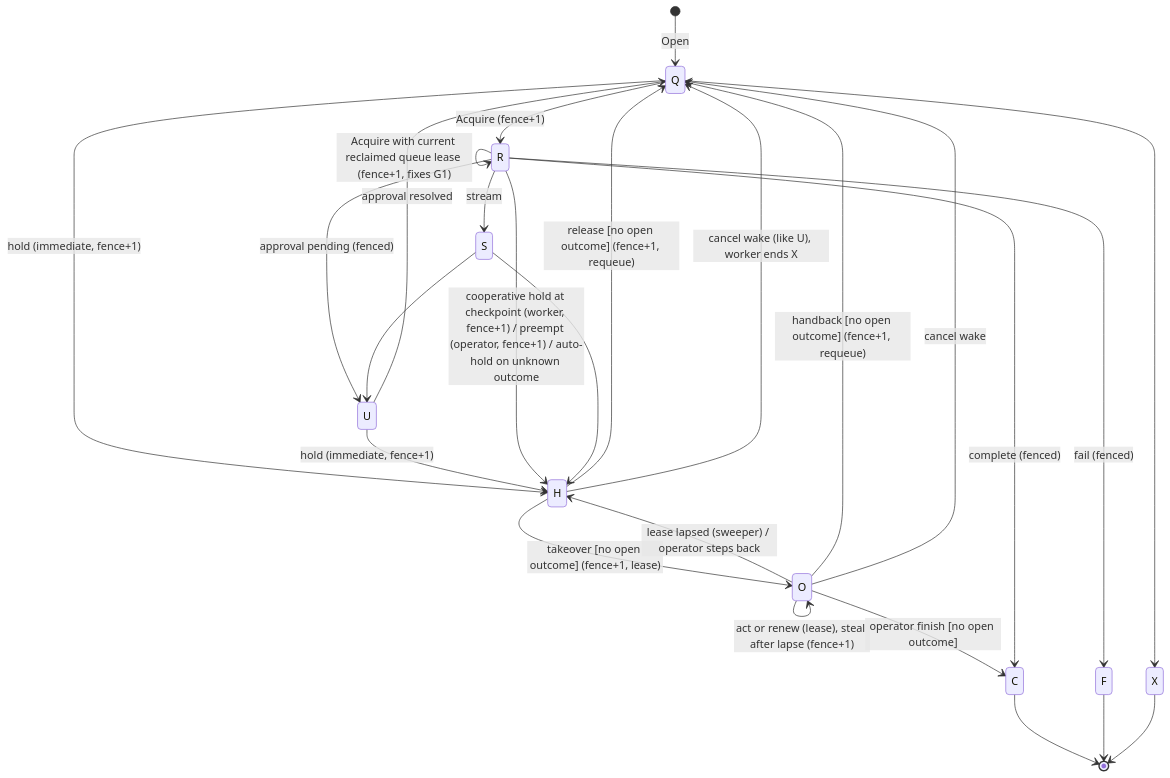
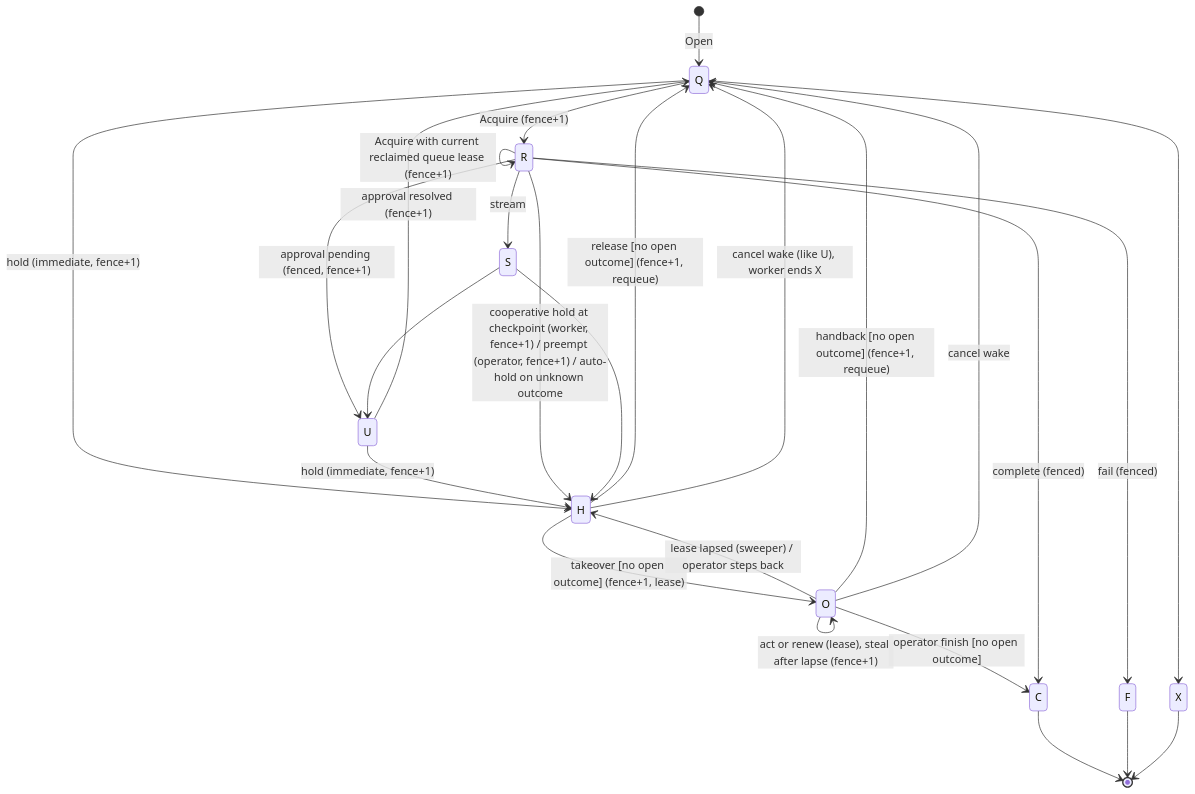
One commit to nauticana/scout changed the first of 2 diagrams in doc/turn_takeover.md. Above: the diagram before and after it, drawn with Mermaid. The commit also changed other lines of this file and 116 other files, not shown here.

````diff
--- a/doc/turn_takeover.md
+++ b/doc/turn_takeover.md
@@ -82,28 +84,28 @@
 ```mermaid
 stateDiagram-v2
     [*] --> Q: Open
     Q --> R: Acquire (fence+1)
-    R --> R: Acquire with current reclaimed queue lease (fence+1, fixes G1)
+    R --> R: Acquire with current reclaimed queue lease (fence+1)
     R --> S: stream
-    R --> U: approval pending (fenced)
+    R --> U: approval pending (fenced, fence+1)
     S --> U
-    U --> Q: approval resolved
+    U --> Q: approval resolved (fence+1)
     Q --> H: hold (immediate, fence+1)
     U --> H: hold (immediate, fence+1)
     R --> H: cooperative hold at checkpoint (worker, fence+1) / preempt (operator, fence+1) / auto-hold on unknown outcome
     S --> H
     H --> O: takeover [no open outcome] (fence+1, lease)
     O --> O: act or renew (lease), steal after lapse (fence+1)
     O --> H: lease lapsed (sweeper) / operator steps back
     H --> Q: release [no open outcome] (fence+1, requeue)
     O --> Q: handback [no open outcome] (fence+1, requeue)
     O --> C: operator finish [no open outcome]
     R --> C: complete (fenced)
     R --> F: fail (fenced)
     H --> Q: cancel wake (like U), worker ends X
     O --> Q: cancel wake
     Q --> X
     C --> [*]
     F --> [*]
     X --> [*]
 ```
````
